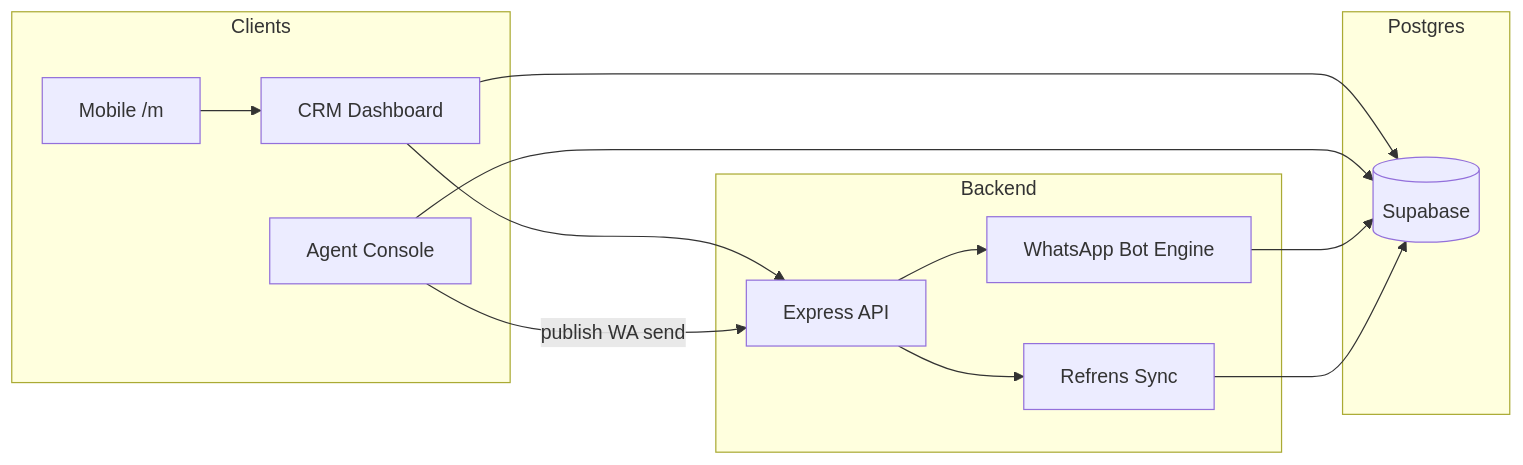
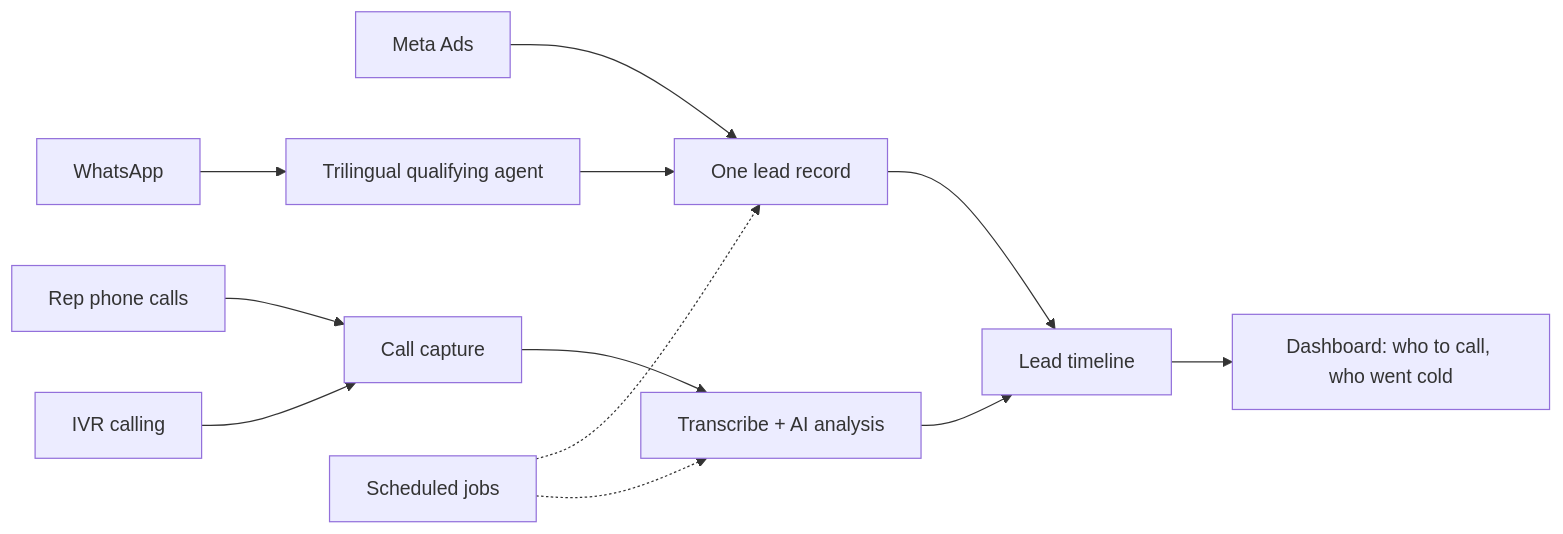
The diagram in content/work/relivecure.md (jaskiringg/singh-atlas), drawn with Mermaid before and after one commit. The commit also changed other lines of this file and 48 other files, not shown here.

````diff
--- a/content/work/relivecure.md
+++ b/content/work/relivecure.md
@@ -73,26 +33,13 @@
 ```mermaid
 flowchart LR
-  subgraph clients [Clients]
-    CRM[CRM Dashboard]
-    AC[Agent Console]
-    MOB[Mobile /m]
-  end
-
-  subgraph backend [Backend]
-    API[Express API]
-    BOT[WhatsApp Bot Engine]
-    SYNC[Refrens Sync]
-  end
-
-  subgraph data [Postgres]
-    DB[(Supabase)]
-  end
-
-  CRM --> DB
-  CRM --> API
-  MOB --> CRM
-  AC --> DB
-  AC -->|publish WA send| API
-  API --> BOT --> DB
-  API --> SYNC --> DB
+  ADS[Meta Ads] --> LEAD[One lead record]
+  WA[WhatsApp] --> AGENT[Trilingual qualifying agent] --> LEAD
+  IVR[IVR calling] --> CALLS[Call capture]
+  REP[Rep phone calls] --> CALLS
+  CALLS --> AI[Transcribe + AI analysis]
+  AI --> TL[Lead timeline]
+  LEAD --> TL
+  TL --> DASH[Dashboard: who to call, who went cold]
+  CRON[Scheduled jobs] -.-> AI
+  CRON -.-> LEAD
 ```
````
